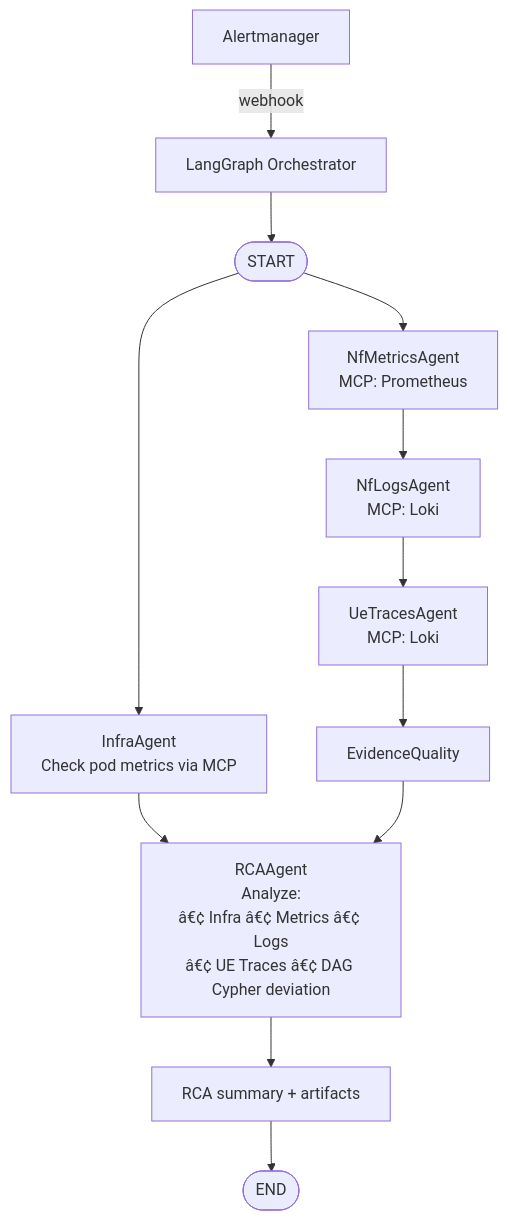
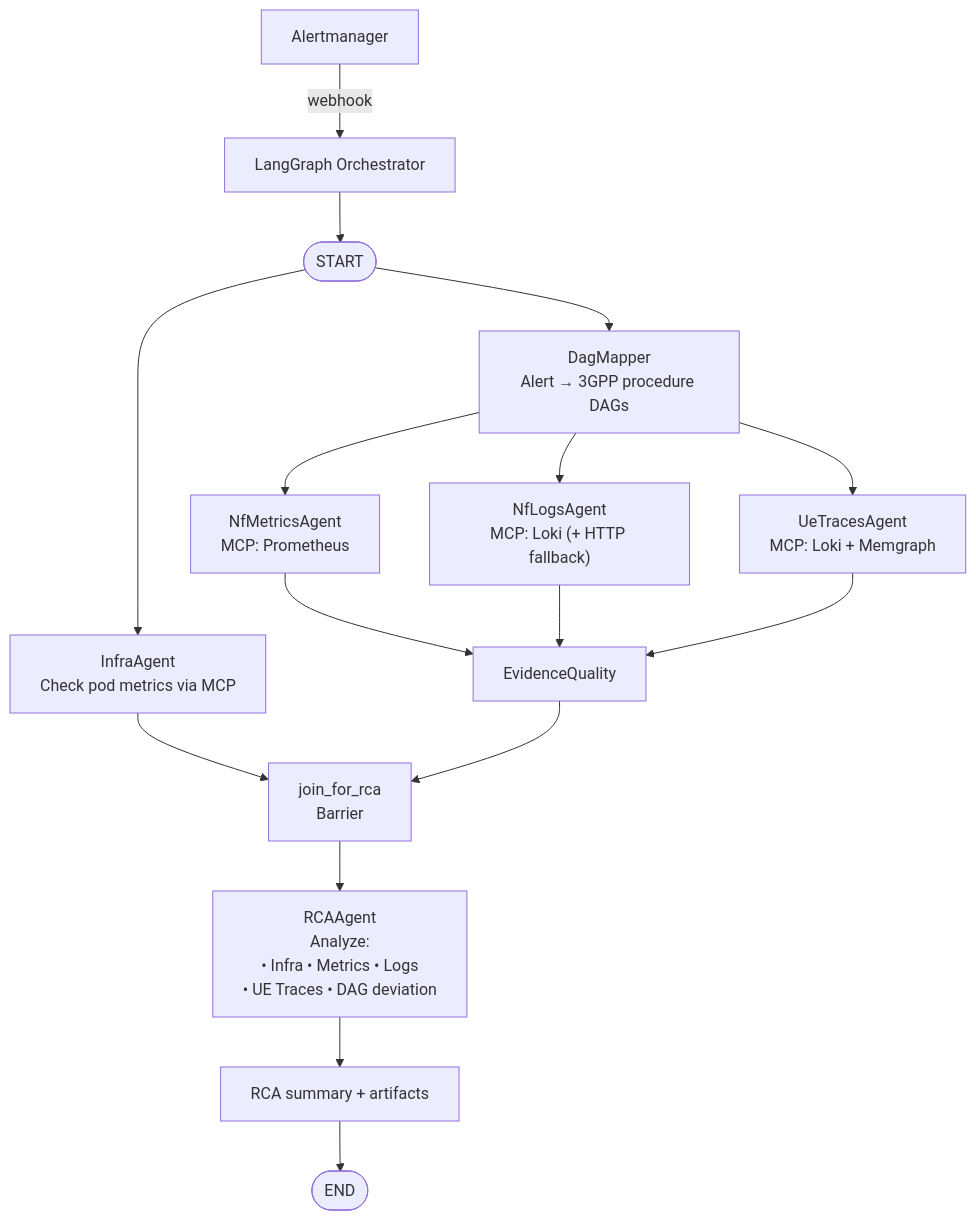
The first of 2 diagrams in docs/triageagent_architecture_design2.md (skapoula/5g-triage-agent), drawn with Mermaid before and after one commit. The commit also changed other lines of this file and 2 other files, not shown here.

Commit message:
docs: update diagrams and architecture doc to reflect parallel fan-out, DagMapper, join_for_rca, and corrected state field names

````diff
--- a/docs/triageagent_architecture_design2.md
+++ b/docs/triageagent_architecture_design2.md
@@ -42,20 +42,24 @@
 ```mermaid
 flowchart TD
     A["Alertmanager"] -->|webhook| B["LangGraph Orchestrator"]
     B --> C(["START"])
 
     C --> D["InfraAgent<br/>Check pod metrics via MCP"]
-    C --> E["NfMetricsAgent<br/>MCP: Prometheus"]
+    C --> DM["DagMapper<br/>Alert → 3GPP procedure DAGs"]
 
-    E --> E2["NfLogsAgent<br/>MCP: Loki"]
-    E2 --> E3["UeTracesAgent<br/>MCP: Loki"]
-    E3 --> F["EvidenceQuality"]
+    DM --> E["NfMetricsAgent<br/>MCP: Prometheus"]
+    DM --> E2["NfLogsAgent<br/>MCP: Loki (+ HTTP fallback)"]
+    DM --> E3["UeTracesAgent<br/>MCP: Loki + Memgraph"]
 
-    D --> G
-    F --> G
+    E --> F["EvidenceQuality"]
+    E2 --> F
+    E3 --> F
 
-    G["RCAAgent<br/>Analyze:<br/>â€¢ Infra â€¢ Metrics â€¢ Logs<br/>â€¢ UE Traces â€¢ DAG Cypher deviation"]
+    D --> J["join_for_rca<br/>Barrier"]
+    F --> J
+
+    J --> G["RCAAgent<br/>Analyze:<br/>• Infra • Metrics • Logs<br/>• UE Traces • DAG deviation"]
 
     G --> H["RCA summary + artifacts"]
     H --> I(["END"])
 ```
````
